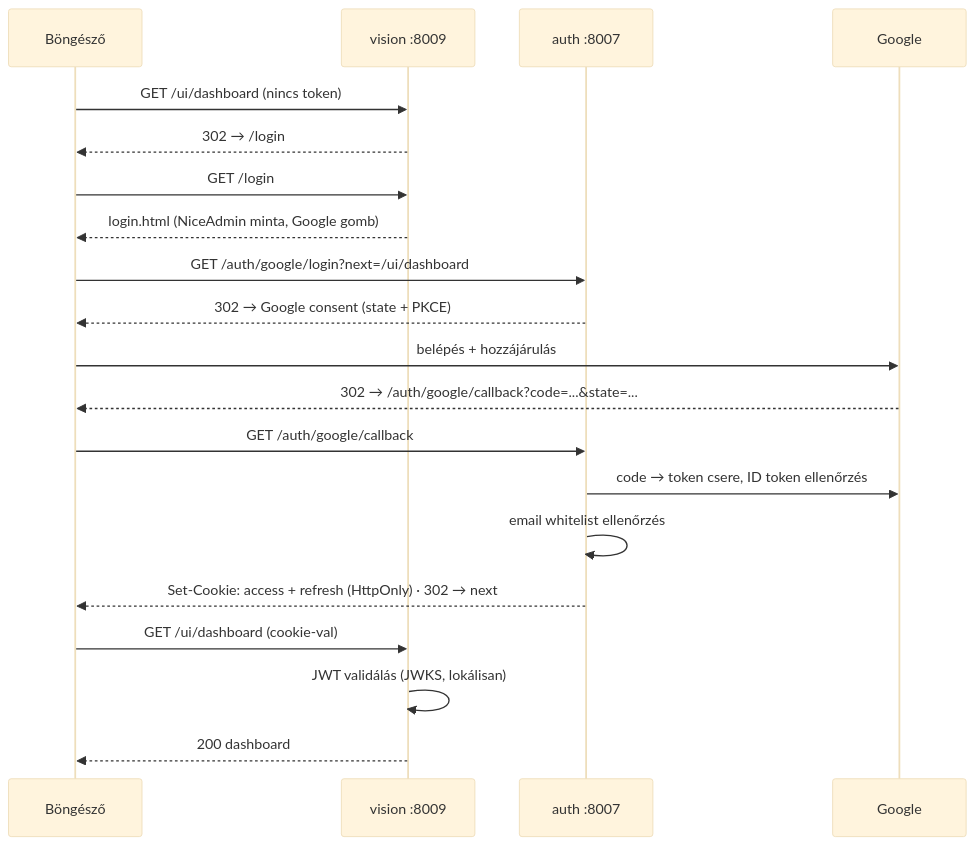
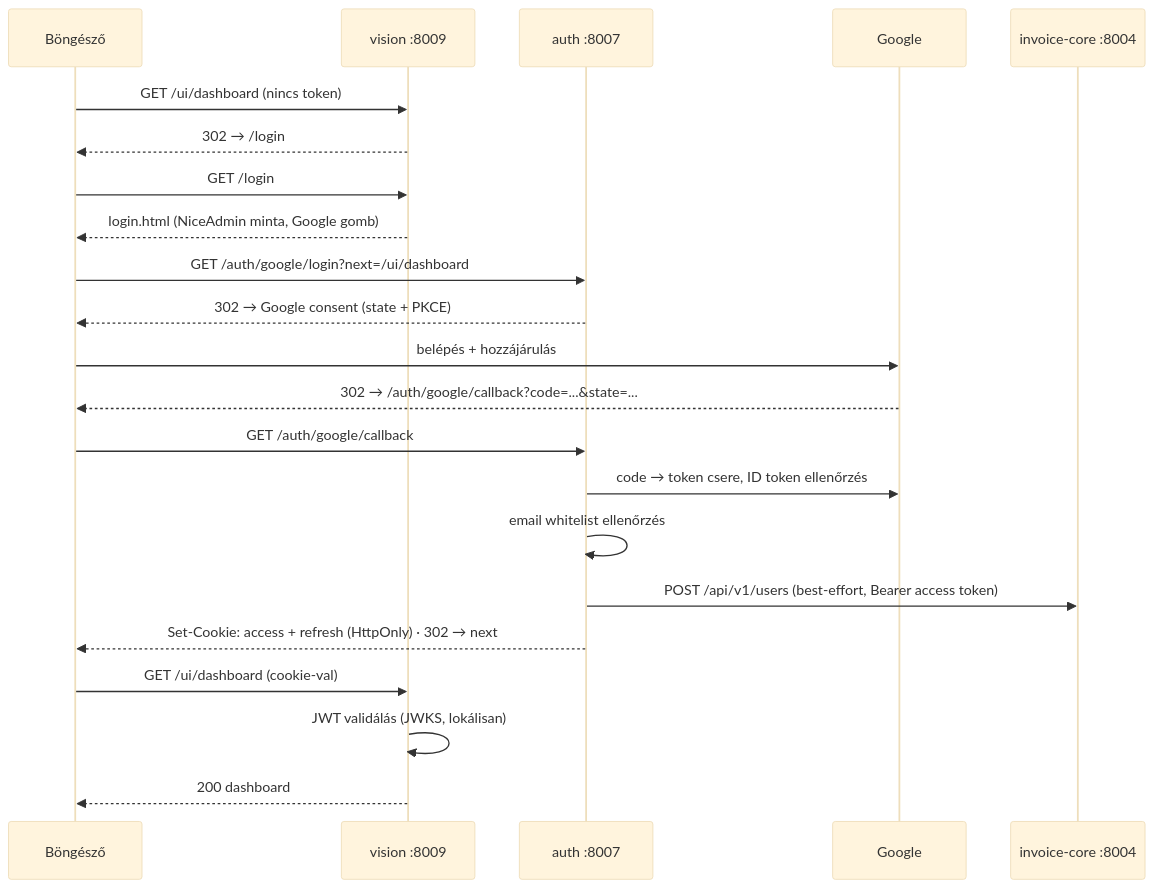
One commit to graphtrek/tiro changed the first of 2 diagrams in moneypenny/auth-service-spec.md. Above: the diagram before and after it, drawn with Mermaid (base theme). The commit also changed other lines of this file and 18 other files, not shown here.

Commit message:
feat: implement user login record persistence in invoice-core service

````diff
--- a/moneypenny/auth-service-spec.md
+++ b/moneypenny/auth-service-spec.md
@@ -58,23 +58,25 @@
 ```mermaid
 sequenceDiagram
     participant B as Böngésző
     participant V as vision :8009
     participant A as auth :8007
     participant G as Google
+    participant IC as invoice-core :8004
 
     B->>V: GET /ui/dashboard (nincs token)
     V-->>B: 302 → /login
     B->>V: GET /login
     V-->>B: login.html (NiceAdmin minta, Google gomb)
     B->>A: GET /auth/google/login?next=/ui/dashboard
     A-->>B: 302 → Google consent (state + PKCE)
     B->>G: belépés + hozzájárulás
     G-->>B: 302 → /auth/google/callback?code=...&state=...
     B->>A: GET /auth/google/callback
     A->>G: code → token csere, ID token ellenőrzés
     A->>A: email whitelist ellenőrzés
+    A->>IC: POST /api/v1/users (best-effort, Bearer access token)
     A-->>B: Set-Cookie: access + refresh (HttpOnly) · 302 → next
     B->>V: GET /ui/dashboard (cookie-val)
     V->>V: JWT validálás (JWKS, lokálisan)
     V-->>B: 200 dashboard
 ```
````
